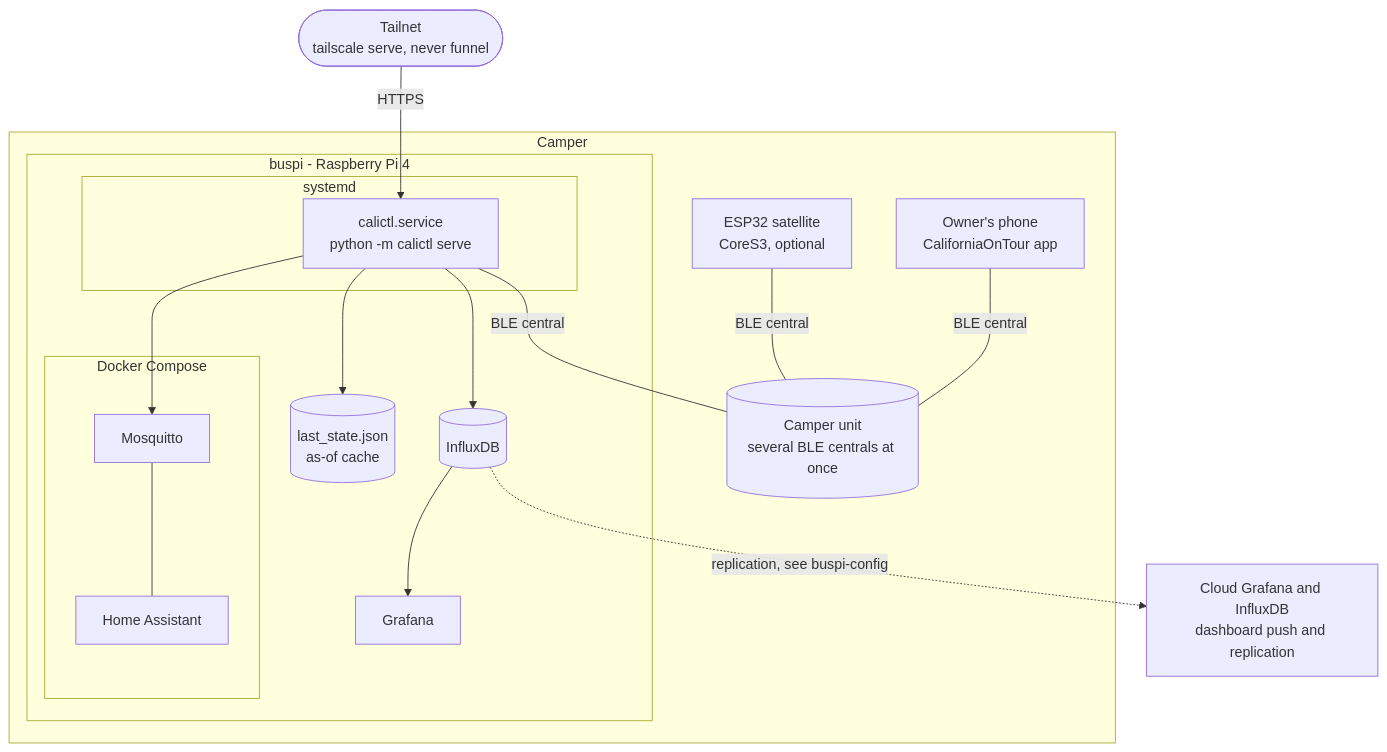
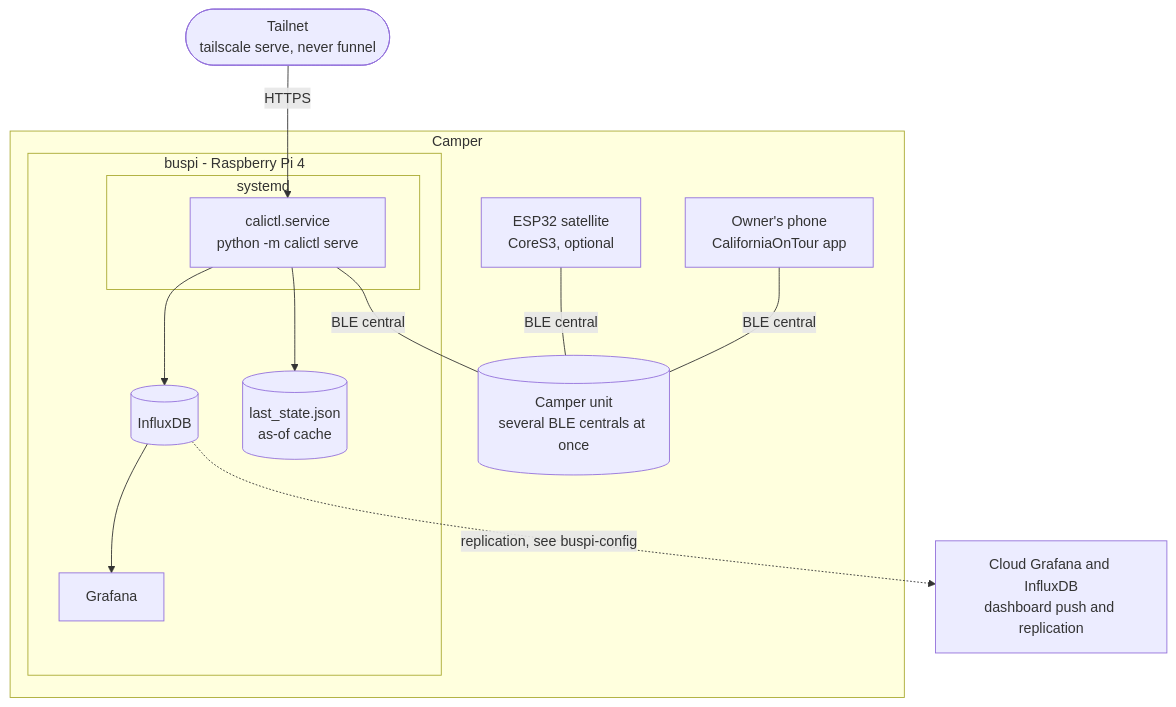
The seventh of 7 diagrams in docs/architecture.md (ckeller42/open-california), drawn with Mermaid before and after one commit. The commit also changed other lines of this file and 49 other files, not shown here.

First line of the commit message:
calictl: remove the MQTT / Home Assistant integration (owner 2026-11-07) (#532)

````diff
--- a/docs/architecture.md
+++ b/docs/architecture.md
@@ -390,32 +376,26 @@
 ```mermaid
 flowchart TB
   subgraph van["Camper"]
     unit[("Camper unit<br/>several BLE centrals at once")]
     esp["ESP32 satellite<br/>CoreS3, optional"]
     phone["Owner's phone<br/>CaliforniaOnTour app"]
     subgraph buspi["buspi - Raspberry Pi 4"]
       subgraph systemd["systemd"]
         unitsvc["calictl.service<br/>python -m calictl serve"]
-      end
-      subgraph compose["Docker Compose"]
-        mosq["Mosquitto"]
-        hac["Home Assistant"]
       end
       idb[("InfluxDB")]
       graf["Grafana"]
       cache[("last_state.json<br/>as-of cache")]
     end
   end
   tail(["Tailnet<br/>tailscale serve, never funnel"])
   cloud["Cloud Grafana and InfluxDB<br/>dashboard push and replication"]
   unitsvc ---|BLE central| unit
   esp ---|BLE central| unit
   phone ---|BLE central| unit
   unitsvc --> cache
-  unitsvc --> mosq
-  mosq --- hac
   unitsvc --> idb
   idb --> graf
   idb -.->|replication, see buspi-config| cloud
   tail -->|HTTPS| unitsvc
 ```
````
